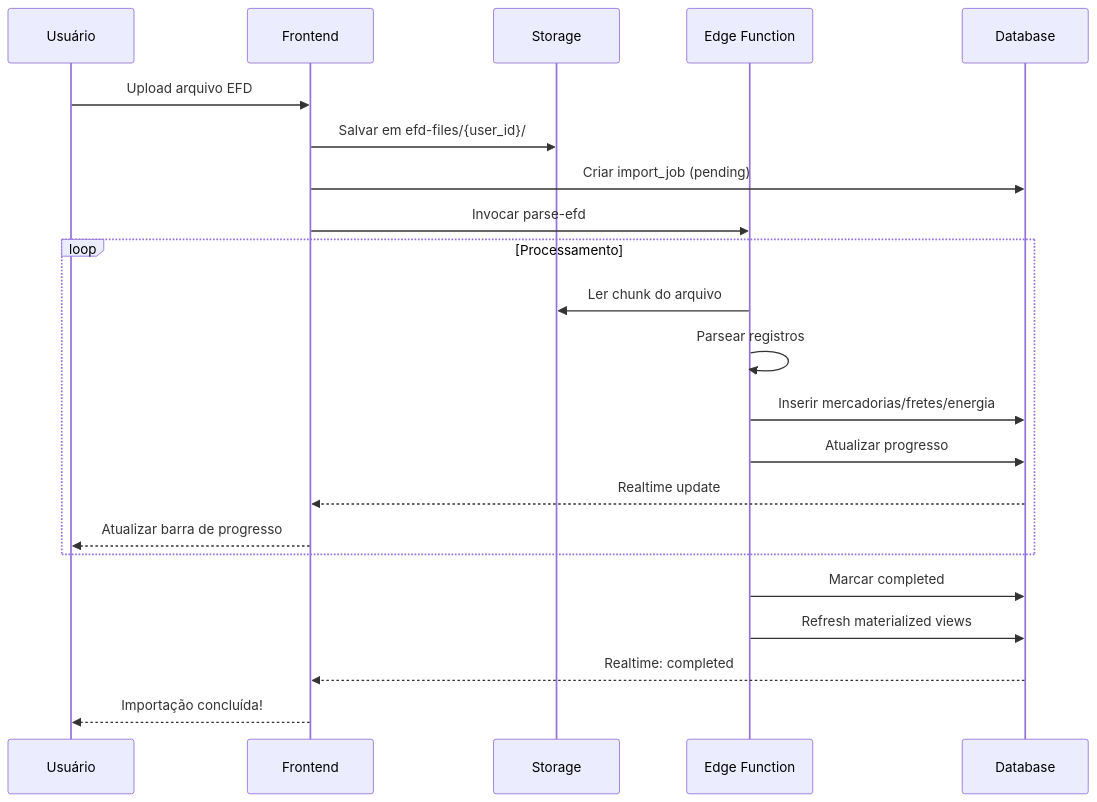
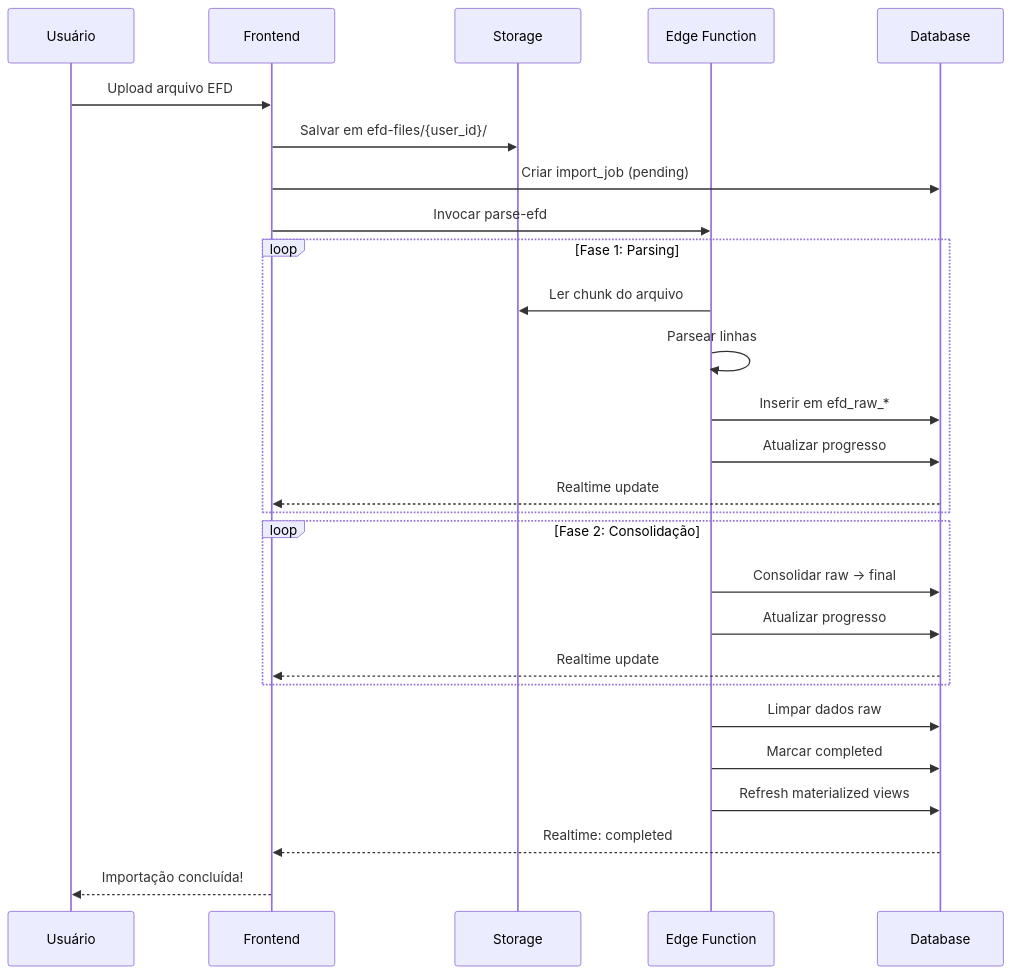
One commit to ClaudioSBezerra/fbapp_rt changed the fifth of 5 diagrams in docs/DATA-MODEL.md. Above: the diagram before and after it, drawn with Mermaid. The commit also changed other lines of this file and 1 other file, not shown here.

````diff
--- a/docs/DATA-MODEL.md
+++ b/docs/DATA-MODEL.md
@@ -1059,27 +1404,33 @@
 ```mermaid
 sequenceDiagram
     participant U as Usuário
     participant FE as Frontend
     participant S as Storage
     participant EF as Edge Function
     participant DB as Database
     
     U->>FE: Upload arquivo EFD
     FE->>S: Salvar em efd-files/{user_id}/
     FE->>DB: Criar import_job (pending)
     FE->>EF: Invocar parse-efd
     
-    loop Processamento
+    loop Fase 1: Parsing
         EF->>S: Ler chunk do arquivo
-        EF->>EF: Parsear registros
-        EF->>DB: Inserir mercadorias/fretes/energia
+        EF->>EF: Parsear linhas
+        EF->>DB: Inserir em efd_raw_*
         EF->>DB: Atualizar progresso
         DB-->>FE: Realtime update
-        FE-->>U: Atualizar barra de progresso
     end
     
+    loop Fase 2: Consolidação
+        EF->>DB: Consolidar raw → final
+        EF->>DB: Atualizar progresso
+        DB-->>FE: Realtime update
+    end
+    
+    EF->>DB: Limpar dados raw
     EF->>DB: Marcar completed
     EF->>DB: Refresh materialized views
     DB-->>FE: Realtime: completed
     FE-->>U: Importação concluída!
 ```
````
